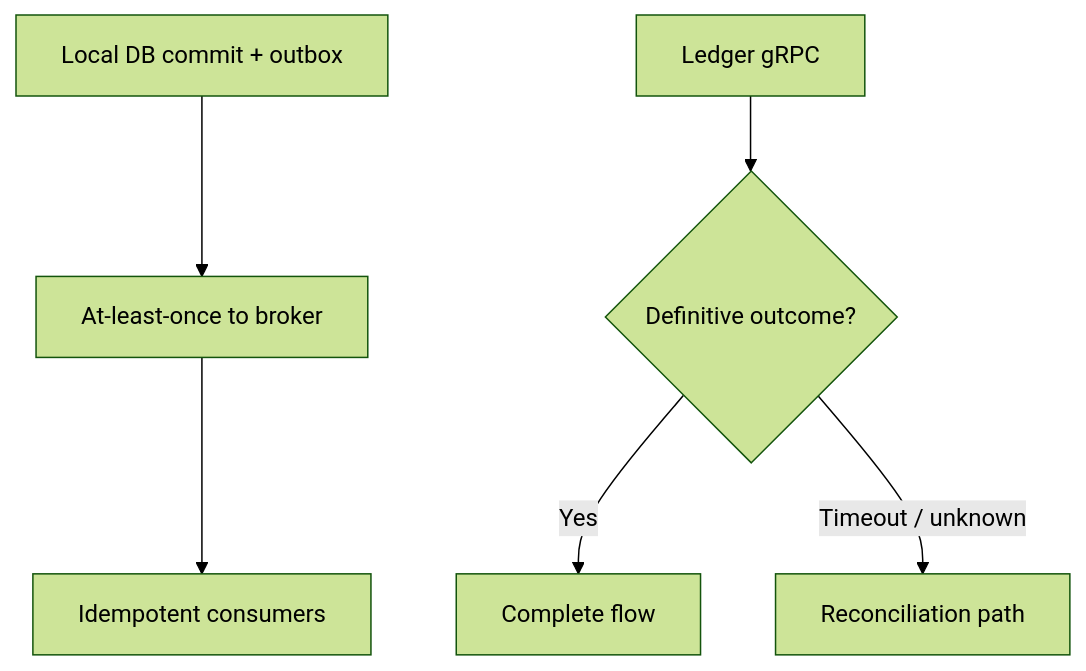
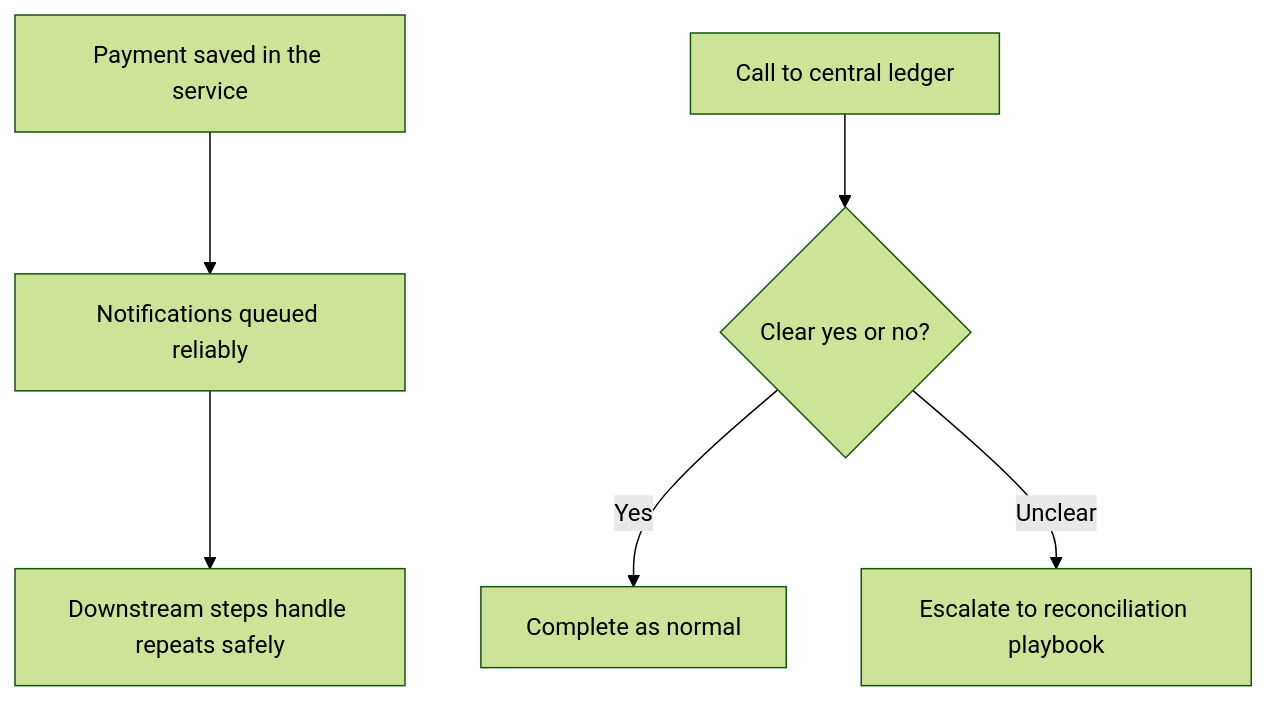
Before and after one commit to anstwechy/mitf_wallet_public_docs: the diagram in docs/stakeholders/risk-compliance-and-finance.md, drawn with Mermaid (forest theme). The commit also changed other lines of this file and 3 other files, not shown here.

````diff
--- a/docs/stakeholders/risk-compliance-and-finance.md
+++ b/docs/stakeholders/risk-compliance-and-finance.md
@@ -27,8 +28,8 @@
 ```mermaid
 flowchart TD
-  A[Local DB commit + outbox] --> B[At-least-once to broker]
-  B --> C[Idempotent consumers]
-  D[Ledger gRPC] --> E{Definitive outcome?}
-  E -->|Yes| F[Complete flow]
-  E -->|Timeout / unknown| G[Reconciliation path]
+  A[Payment saved in the service] --> B[Notifications queued reliably]
+  B --> C[Downstream steps handle repeats safely]
+  D[Call to central ledger] --> E{Clear yes or no?}
+  E -->|Yes| F[Complete as normal]
+  E -->|Unclear| G[Escalate to reconciliation playbook]
 ```
````
